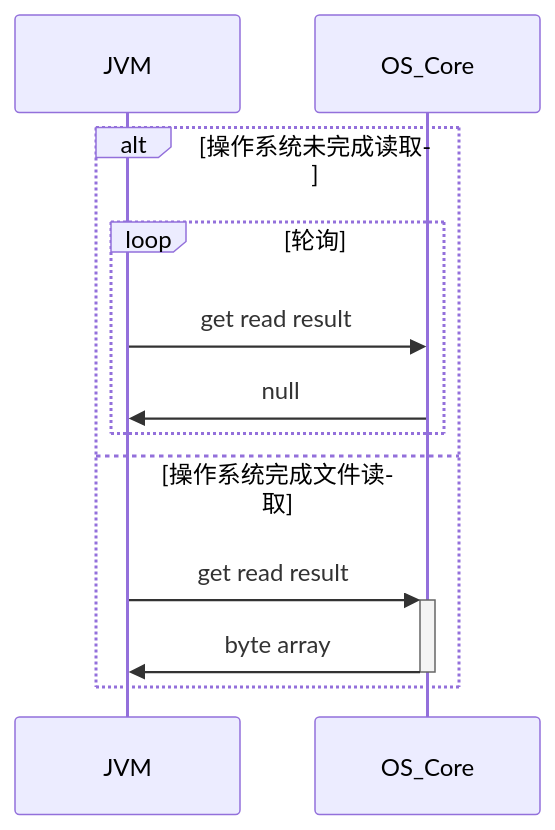
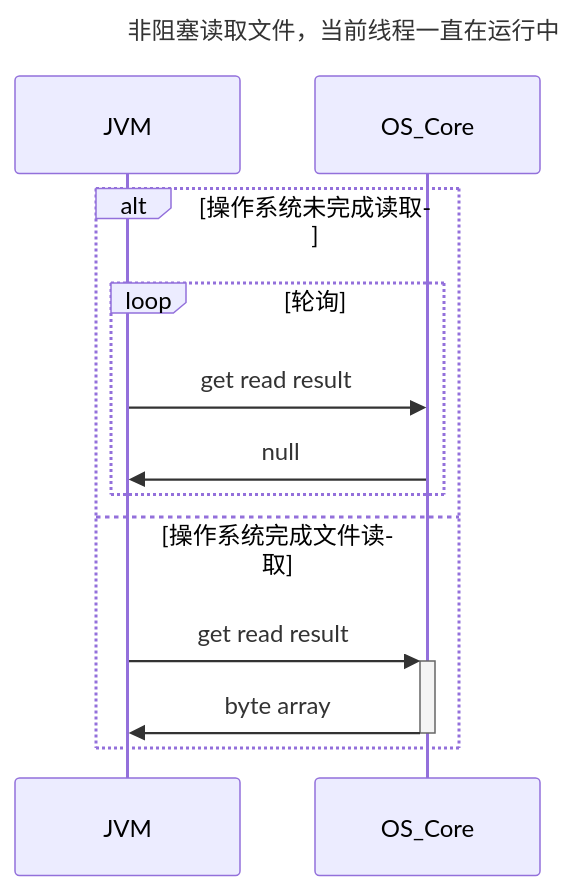
One commit to wzm001/wzm001.github.io changed the second of 2 diagrams in src/content/posts/java-nio.md. Above: the diagram before and after it, drawn with Mermaid. The commit also changed other lines of this file and 17 other files, not shown here.

````diff
--- a/src/content/posts/java-nio.md
+++ b/src/content/posts/java-nio.md
@@ -78,14 +78,17 @@
-{% mermaid %}
+```mermaid
+---
+title: 非阻塞读取文件，当前线程一直在运行中
+---
 sequenceDiagram
 participant JVM
 participant C as OS_Core
 alt 操作系统未完成读取
 loop 轮询
 JVM->>C: get read result
 C->>JVM: null
 end
 else 操作系统完成文件读取
 JVM->>+C: get read result
 C->>-JVM: byte array
 end
-{% endmermaid%}
+```
````
